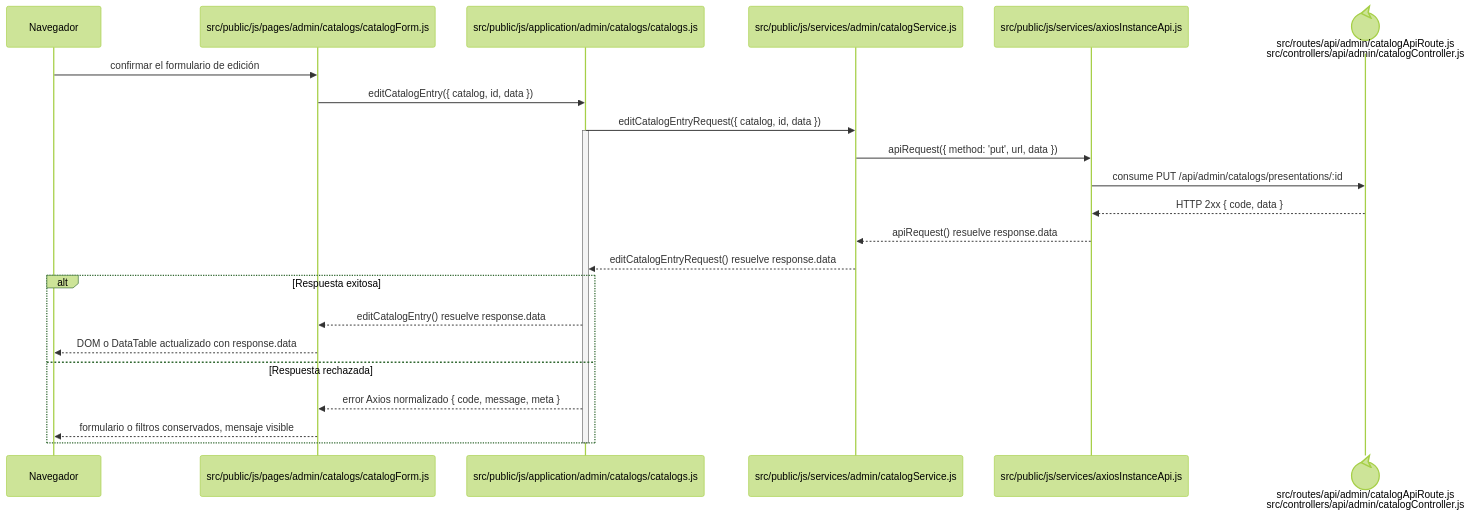
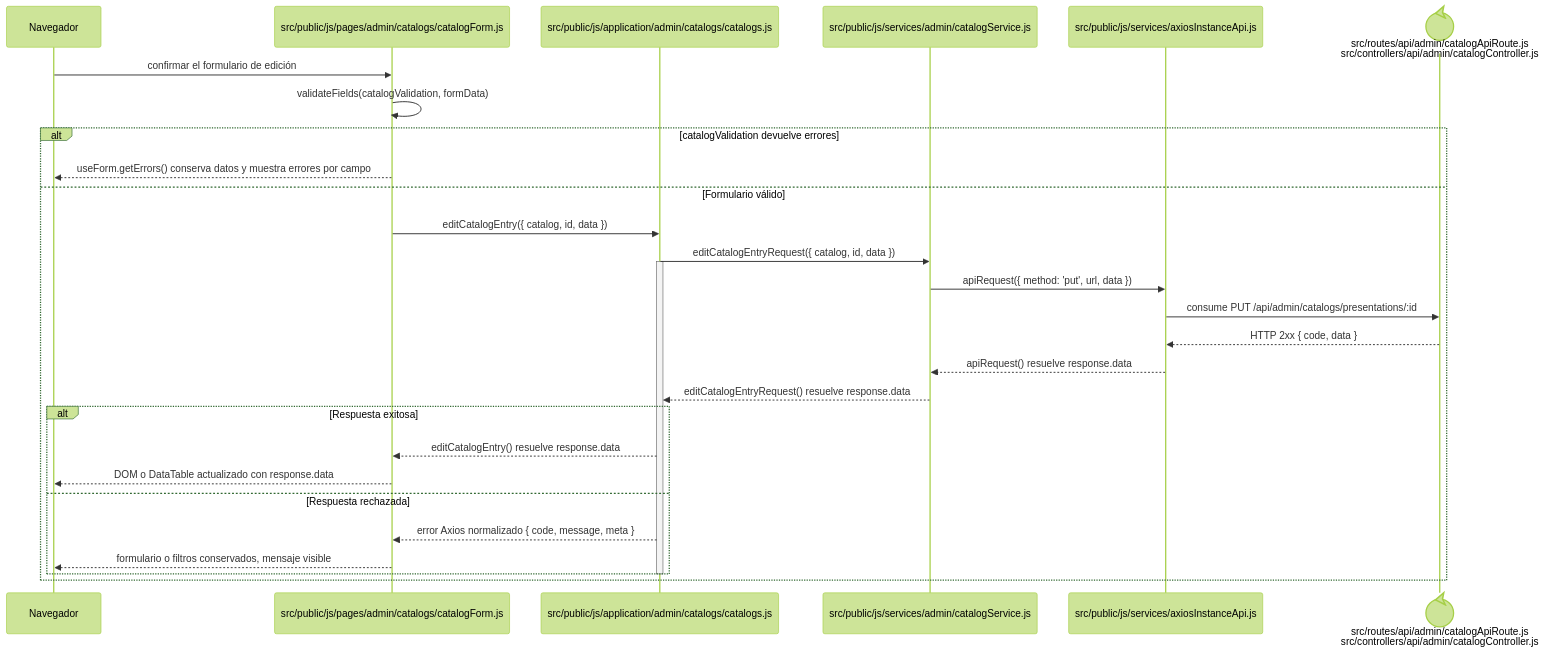
Before and after one commit to gpgsistemas01/nexus: the diagram in docs/architecture/frontend-code-sequences/catalogs/cu-cat-17.md, drawn with Mermaid (forest theme). The commit also changed 102 other files, not shown here.

````diff
--- a/docs/architecture/frontend-code-sequences/catalogs/cu-cat-17.md
+++ b/docs/architecture/frontend-code-sequences/catalogs/cu-cat-17.md
@@ -6,27 +6,32 @@
 ```mermaid
 sequenceDiagram
     participant Browser as Navegador
     participant View as src/public/js/pages/admin/catalogs/catalogForm.js
     participant Application as src/public/js/application/admin/catalogs/catalogs.js
     participant Request as src/public/js/services/admin/catalogService.js
     participant HTTP as src/public/js/services/axiosInstanceApi.js
     participant Transport@{ "type": "control" } as src/routes/api/admin/catalogApiRoute.js<br/>src/controllers/api/admin/catalogController.js
 
     Browser->>View: confirmar el formulario de edición
-    View->>Application: editCatalogEntry({ catalog, id, data })
-    Application->>Request: editCatalogEntryRequest({ catalog, id, data })
-    activate Application
-    Request->>HTTP: apiRequest({ method: 'put', url, data })
-    HTTP->>Transport: consume PUT /api/admin/catalogs/presentations/:id
-    Transport-->>HTTP: HTTP 2xx { code, data }
-    HTTP-->>Request: apiRequest() resuelve response.data
-    Request-->>Application: editCatalogEntryRequest() resuelve response.data
-    alt Respuesta exitosa
-        Application-->>View: editCatalogEntry() resuelve response.data
-        View-->>Browser: DOM o DataTable actualizado con response.data
-    else Respuesta rechazada
-        Application-->>View: error Axios normalizado { code, message, meta }
-        View-->>Browser: formulario o filtros conservados, mensaje visible
+    View->>View: validateFields(catalogValidation, formData)
+    alt catalogValidation devuelve errores
+        View-->>Browser: useForm.getErrors() conserva datos y muestra errores por campo
+    else Formulario válido
+        View->>Application: editCatalogEntry({ catalog, id, data })
+        Application->>Request: editCatalogEntryRequest({ catalog, id, data })
+        activate Application
+        Request->>HTTP: apiRequest({ method: 'put', url, data })
+        HTTP->>Transport: consume PUT /api/admin/catalogs/presentations/:id
+        Transport-->>HTTP: HTTP 2xx { code, data }
+        HTTP-->>Request: apiRequest() resuelve response.data
+        Request-->>Application: editCatalogEntryRequest() resuelve response.data
+        alt Respuesta exitosa
+            Application-->>View: editCatalogEntry() resuelve response.data
+            View-->>Browser: DOM o DataTable actualizado con response.data
+        else Respuesta rechazada
+            Application-->>View: error Axios normalizado { code, message, meta }
+            View-->>Browser: formulario o filtros conservados, mensaje visible
+        end
+        deactivate Application
     end
-    deactivate Application
 ```
````
